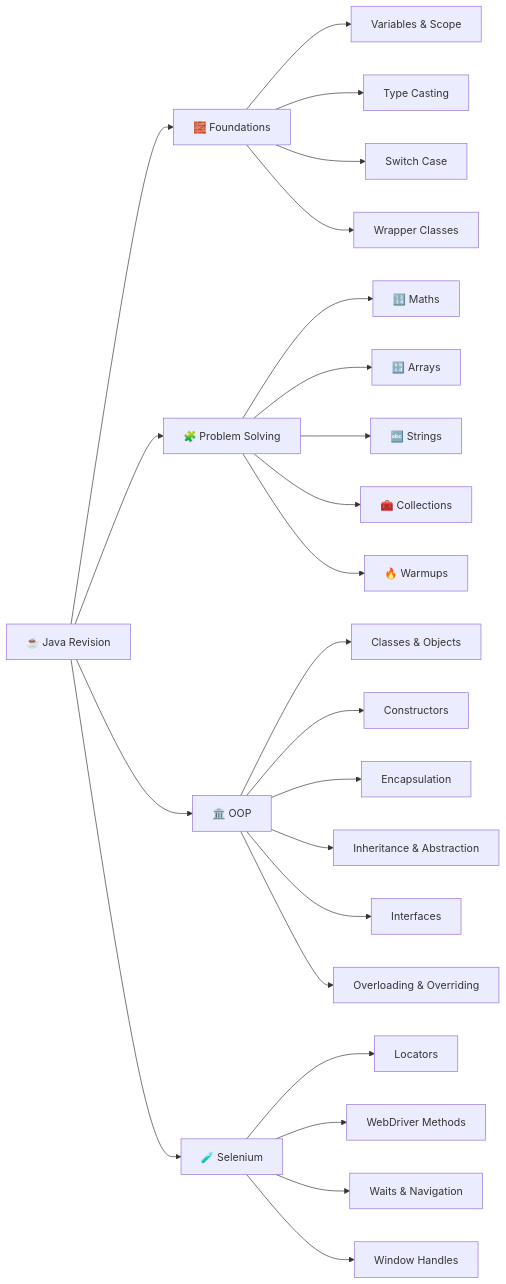
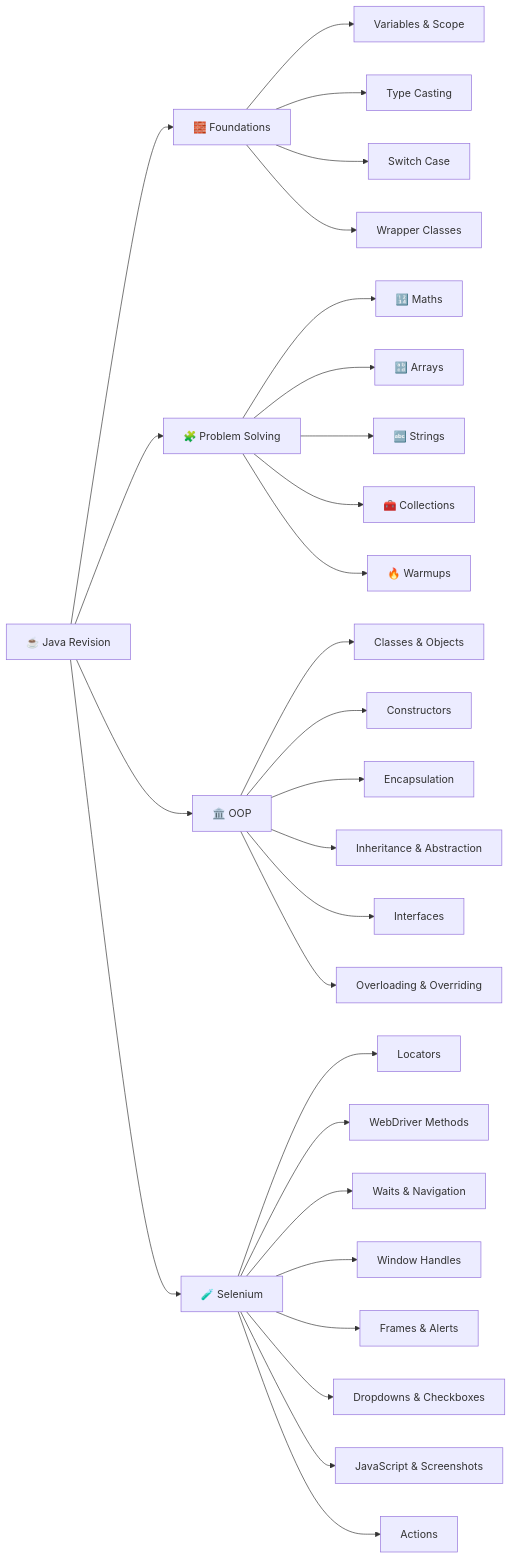
Before and after one commit to Sameer-Programmer/2026_Sep_Java_Rivision: the diagram in Sep_2026_Practice/README.md, drawn with Mermaid. The commit also changed other lines of this file, not shown here.

````diff
--- a/Sep_2026_Practice/README.md
+++ b/Sep_2026_Practice/README.md
@@ -36,30 +36,34 @@
 ```mermaid
 flowchart LR
     A[☕ Java Revision] --> B[🧱 Foundations]
     A --> C[🧩 Problem Solving]
     A --> D[🏛️ OOP]
     A --> E[🧪 Selenium]
 
     B --> B1[Variables & Scope]
     B --> B2[Type Casting]
     B --> B3[Switch Case]
     B --> B4[Wrapper Classes]
 
     C --> C1[🔢 Maths]
     C --> C2[🔡 Arrays]
     C --> C3[🔤 Strings]
     C --> C4[🧰 Collections]
     C --> C5[🔥 Warmups]
 
     D --> D1[Classes & Objects]
     D --> D2[Constructors]
     D --> D3[Encapsulation]
     D --> D4[Inheritance & Abstraction]
     D --> D5[Interfaces]
     D --> D6[Overloading & Overriding]
 
     E --> E1[Locators]
     E --> E2[WebDriver Methods]
     E --> E3[Waits & Navigation]
     E --> E4[Window Handles]
+    E --> E5[Frames & Alerts]
+    E --> E6[Dropdowns & Checkboxes]
+    E --> E7[JavaScript & Screenshots]
+    E --> E8[Actions]
 ```
````
